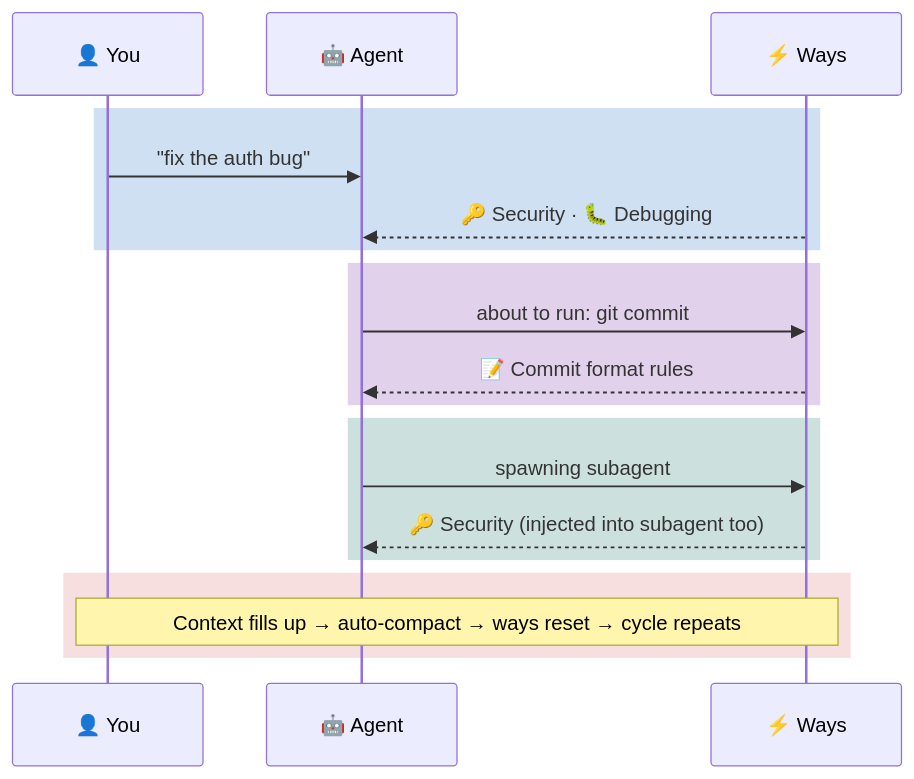
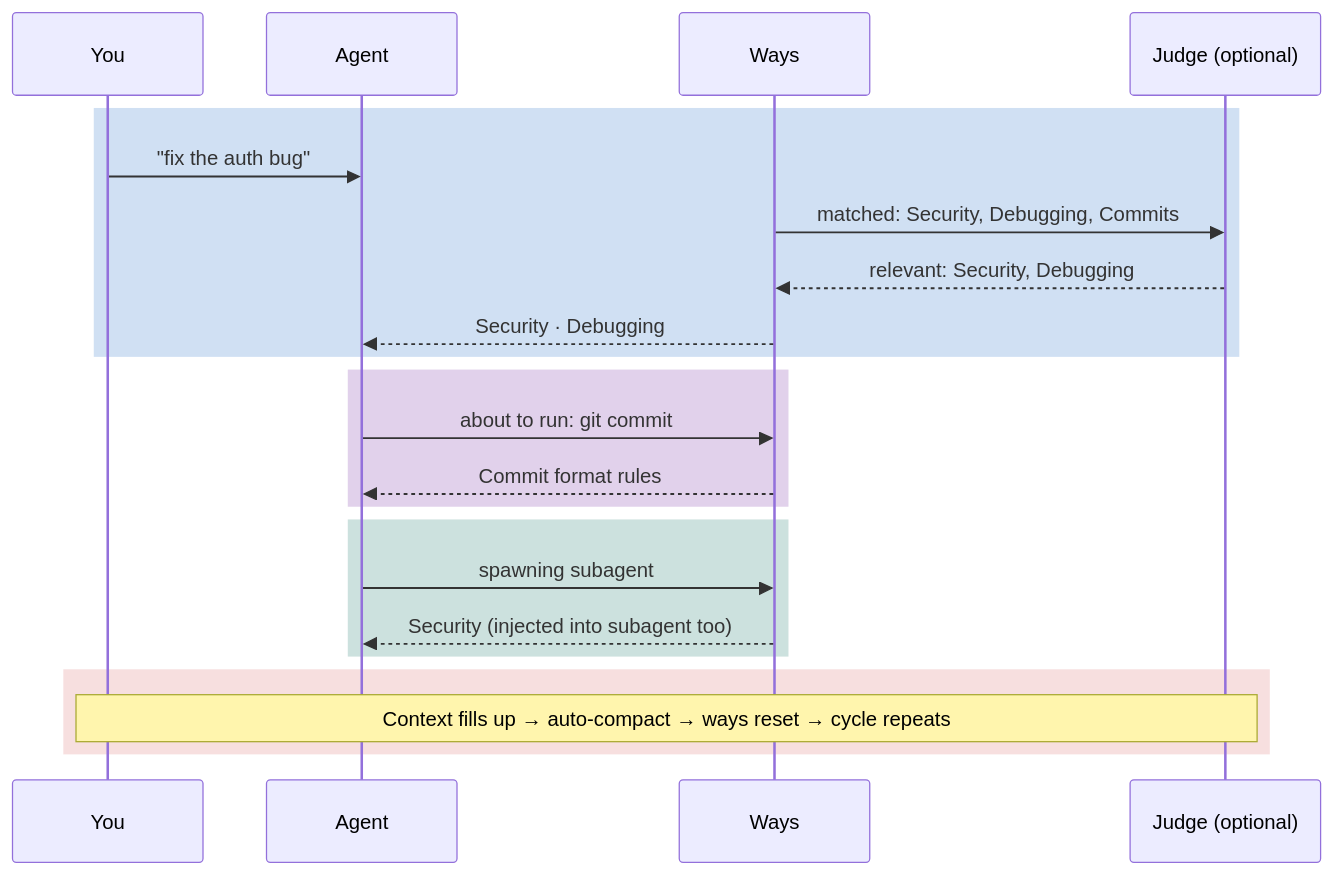
The diagram in README.md (aaronsb/agent-ways), drawn with Mermaid before and after one commit. The commit also changed other lines of this file and 18 other files, not shown here.

````diff
--- a/README.md
+++ b/README.md
@@ -21,22 +19,25 @@
 ```mermaid
 sequenceDiagram
-    participant U as 👤 You
-    participant C as 🤖 Agent
-    participant W as ⚡ Ways
+    participant U as You
+    participant C as Agent
+    participant W as Ways
+    participant J as Judge (optional)
 
     rect rgba(21, 101, 192, 0.2)
         U->>C: "fix the auth bug"
-        W-->>C: 🔑 Security · 🐛 Debugging
+        W->>J: matched: Security, Debugging, Commits
+        J-->>W: relevant: Security, Debugging
+        W-->>C: Security · Debugging
     end
     rect rgba(106, 27, 154, 0.2)
         C->>W: about to run: git commit
-        W-->>C: 📝 Commit format rules
+        W-->>C: Commit format rules
     end
     rect rgba(0, 105, 92, 0.2)
         C->>W: spawning subagent
-        W-->>C: 🔑 Security (injected into subagent too)
+        W-->>C: Security (injected into subagent too)
     end
     rect rgba(198, 40, 40, 0.15)
-        Note over U,W: Context fills up → auto-compact → ways reset → cycle repeats
+        Note over U,J: Context fills up → auto-compact → ways reset → cycle repeats
     end
 ```
````
